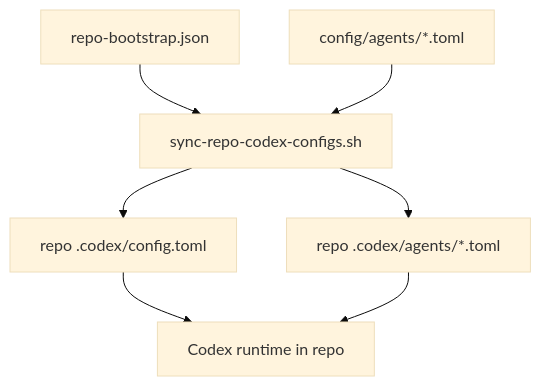
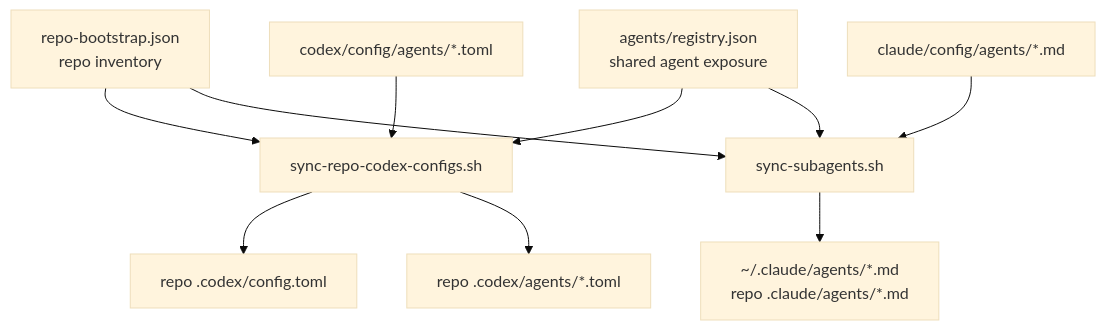
The diagram in docs/architecture/repo-scoped-agent-bootstrap.md (wisdom-in-a-nutshell/.agents), drawn with Mermaid (base theme) before and after one commit. The commit also changed other lines of this file and 42 other files, not shown here.

````diff
--- a/docs/architecture/repo-scoped-agent-bootstrap.md
+++ b/docs/architecture/repo-scoped-agent-bootstrap.md
@@ -61,16 +72,22 @@
 ```mermaid
 flowchart TD
-    A[repo-bootstrap.json]
-    B[config/agents/*.toml]
-    C[sync-repo-codex-configs.sh]
-    D[repo .codex/config.toml]
-    E[repo .codex/agents/*.toml]
-    F[Codex runtime in repo]
+    A[repo-bootstrap.json<br/>repo inventory]
+    B[agents/registry.json<br/>shared agent exposure]
+    C[codex/config/agents/*.toml]
+    D[claude/config/agents/*.md]
+    E[sync-repo-codex-configs.sh]
+    F[sync-subagents.sh]
+    G[repo .codex/config.toml]
+    H[repo .codex/agents/*.toml]
+    I[~/.claude/agents/*.md<br/>repo .claude/agents/*.md]
 
-    A --> C
-    B --> C
-    C --> D
+    A --> E
+    A --> F
+    B --> E
+    B --> F
     C --> E
     D --> F
-    E --> F
+    E --> G
+    E --> H
+    F --> I
 ```
````
